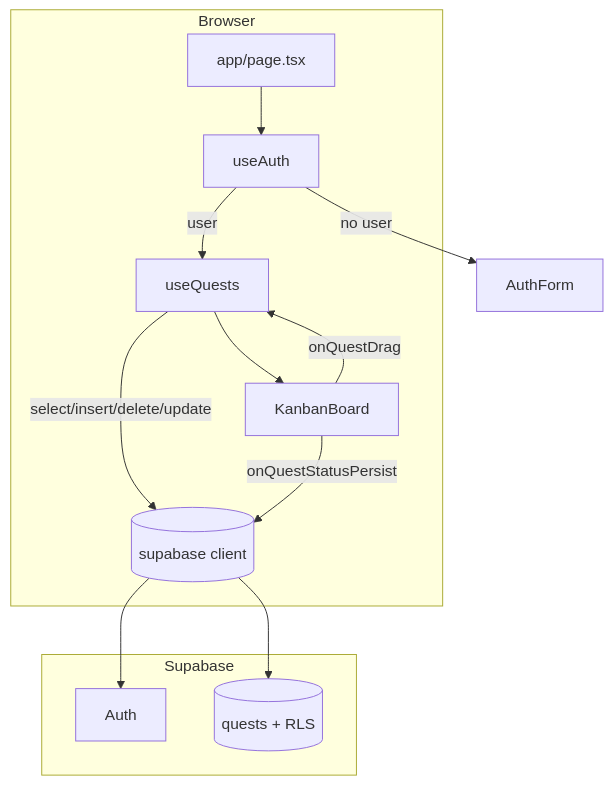
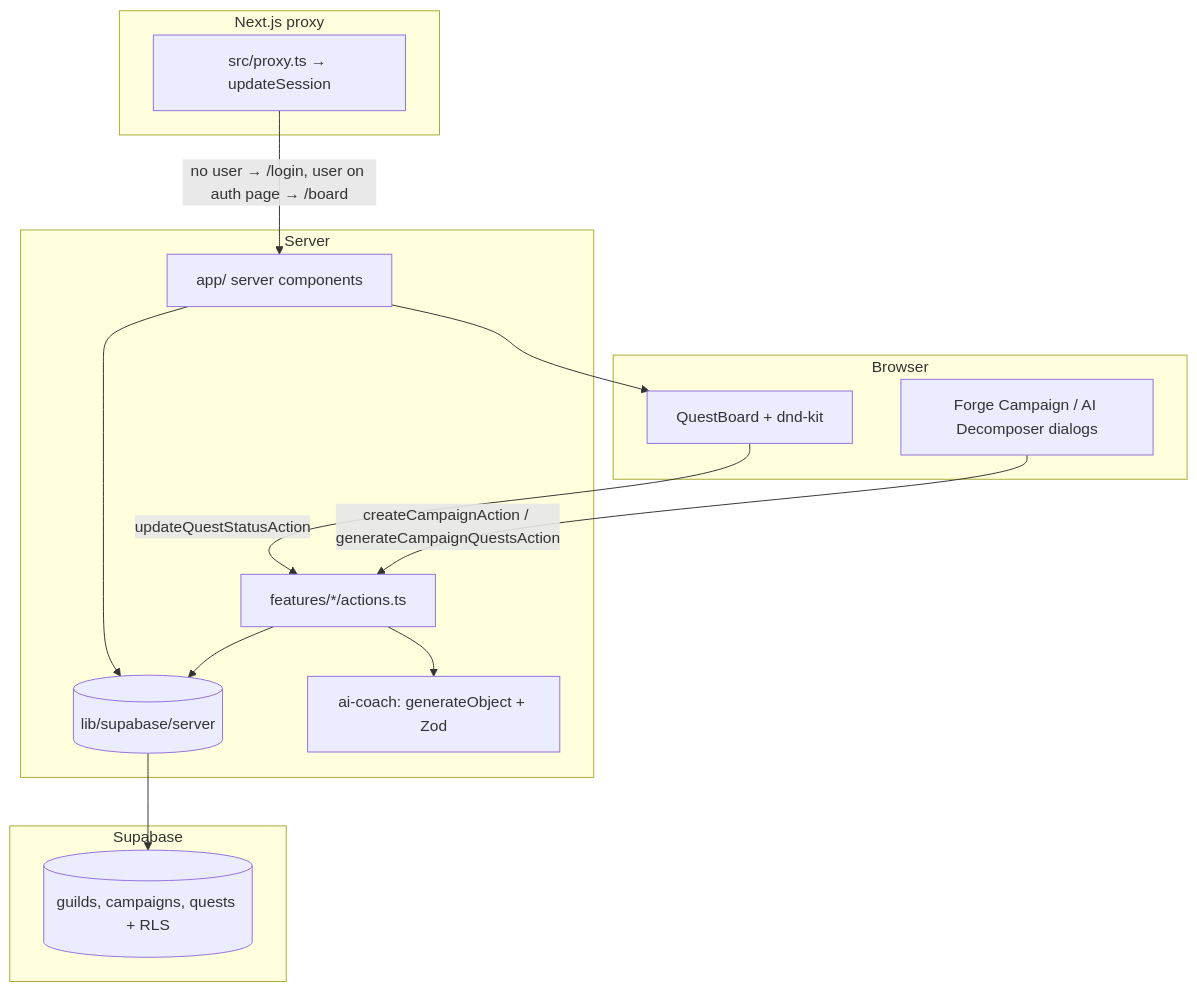
One commit to JulluisW/questos changed the diagram in ARCHITECTURE.md. Above: the diagram before and after it, drawn with Mermaid. The commit also changed other lines of this file and 69 other files, not shown here.

````diff
--- a/ARCHITECTURE.md
+++ b/ARCHITECTURE.md
@@ -57,24 +75,27 @@
 ```mermaid
 flowchart TB
+  subgraph edge [Next.js proxy]
+    Proxy[src/proxy.ts → updateSession]
+  end
+  subgraph server [Server]
+    Pages[app/ server components]
+    Actions[features/*/actions.ts]
+    SBS[(lib/supabase/server)]
+    AI[ai-coach: generateObject + Zod]
+  end
   subgraph client [Browser]
-    Page[app/page.tsx]
-    Auth[useAuth]
-    Quests[useQuests]
-    Kanban[KanbanBoard]
-    SB[(supabase client)]
+    Board[QuestBoard + dnd-kit]
+    Dialogs[Forge Campaign / AI Decomposer dialogs]
   end
   subgraph supa [Supabase]
-    AuthSvc[Auth]
-    DB[(quests + RLS)]
+    DB[(guilds, campaigns, quests + RLS)]
   end
 
-  Page --> Auth
-  Auth -->|no user| AuthForm[AuthForm]
-  Auth -->|user| Quests
-  Quests -->|select/insert/delete/update| SB
-  SB --> AuthSvc
-  SB --> DB
-  Quests --> Kanban
-  Kanban -->|onQuestDrag| Quests
-  Kanban -->|onQuestStatusPersist| SB
+  Proxy -->|no user → /login, user on auth page → /board| Pages
+  Pages --> SBS --> DB
+  Pages --> Board
+  Board -->|updateQuestStatusAction| Actions
+  Dialogs -->|createCampaignAction / generateCampaignQuestsAction| Actions
+  Actions --> SBS
+  Actions --> AI
 ```
````
